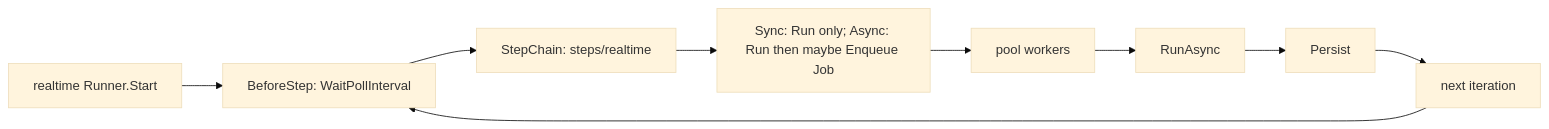
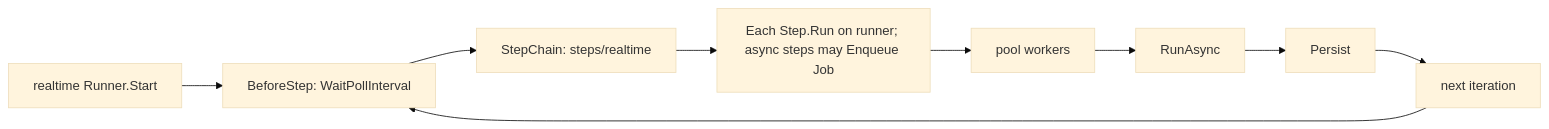
One commit to tharun-p/pauli changed the second of 3 diagrams in doc/monitor-e2e-flow.md. Above: the diagram before and after it, drawn with Mermaid (base theme). The commit also changed other lines of this file and 17 other files, not shown here.

````diff
--- a/doc/monitor-e2e-flow.md
+++ b/doc/monitor-e2e-flow.md
@@ -33,11 +33,11 @@
 ```mermaid
 flowchart LR
   A["realtime Runner.Start"] --> B["BeforeStep: WaitPollInterval"]
   B --> C["StepChain: steps/realtime"]
-  C --> D["Sync: Run only; Async: Run then maybe Enqueue Job"]
+  C --> D["Each Step.Run on runner; async steps may Enqueue Job"]
   D --> E["pool workers"]
   E --> F["RunAsync"]
   F --> G["Persist"]
   G --> H["next iteration"]
   H --> B
 ```
````
